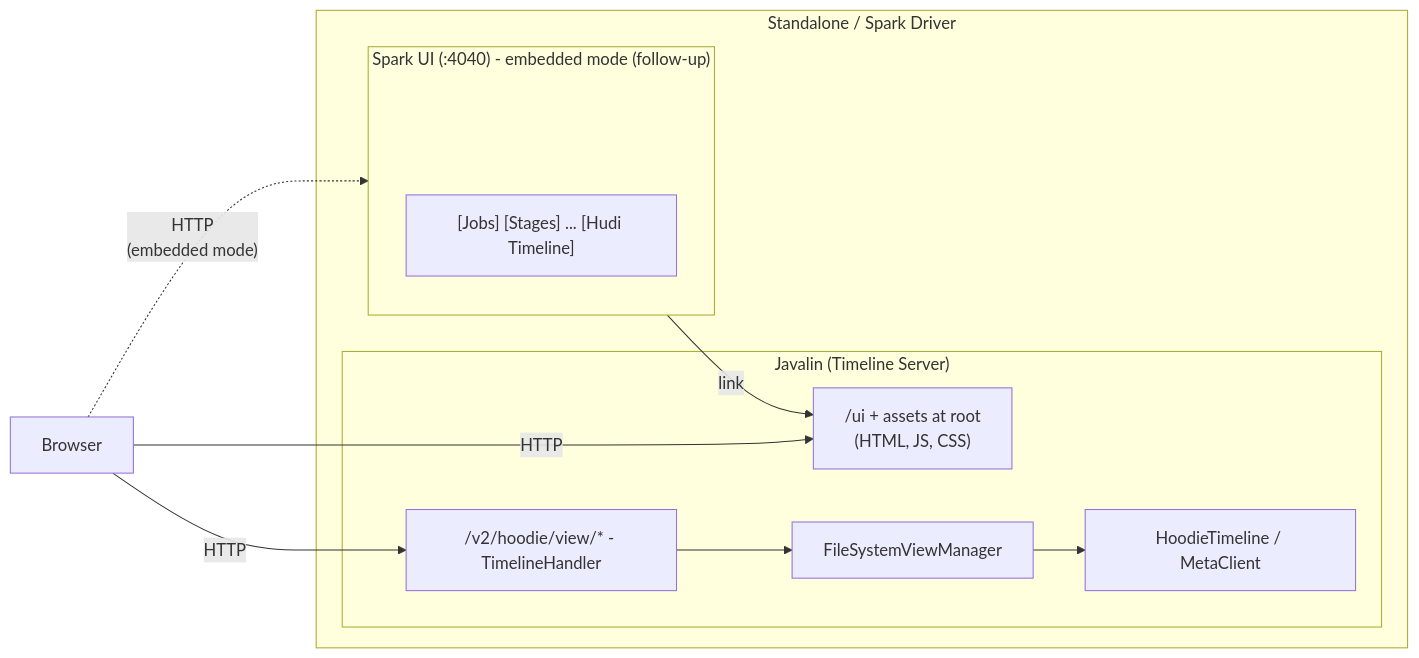
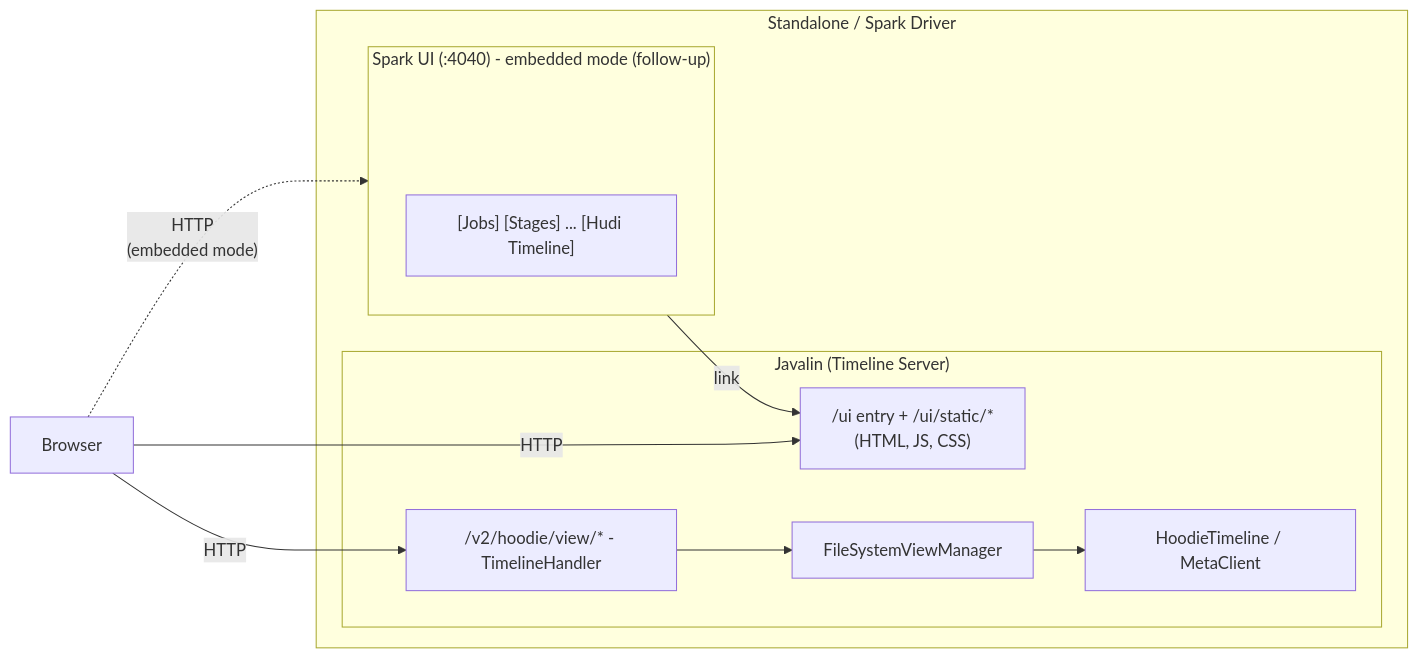
The diagram in rfc/rfc-94/rfc-94.md (apache/hudi), drawn with Mermaid before and after one commit. The commit also changed other lines of this file, not shown here.

First line of the commit message:
docs(rfc-94): namespace UI static assets under /ui/static/

````diff
--- a/rfc/rfc-94/rfc-94.md
+++ b/rfc/rfc-94/rfc-94.md
@@ -135,28 +135,28 @@
 ```mermaid
 graph LR
     Browser["Browser"]
 
     subgraph Driver["Standalone / Spark Driver"]
         subgraph TimelineServer["Javalin (Timeline Server)"]
-            Static["/ui + assets at root\n(HTML, JS, CSS)"]
+            Static["/ui entry + /ui/static/*\n(HTML, JS, CSS)"]
             API["/v2/hoodie/view/* - TimelineHandler"]
             FSVM["FileSystemViewManager"]
             Meta["HoodieTimeline / MetaClient"]
 
             API --> FSVM --> Meta
         end
 
         subgraph SparkUI["Spark UI (:4040) - embedded mode (follow-up)"]
             direction TB
             SparkUIPad[ ] ~~~ Tabs["[Jobs] [Stages] ... [Hudi Timeline]"]
         end
 
         style SparkUIPad fill:none,stroke:none,color:none
 
         Tabs -- "link" --> Static
     end
 
     Browser -- "HTTP" --> Static
     Browser -- "HTTP" --> API
     Browser -. "HTTP\n(embedded mode)" .-> SparkUI
 ```
````
